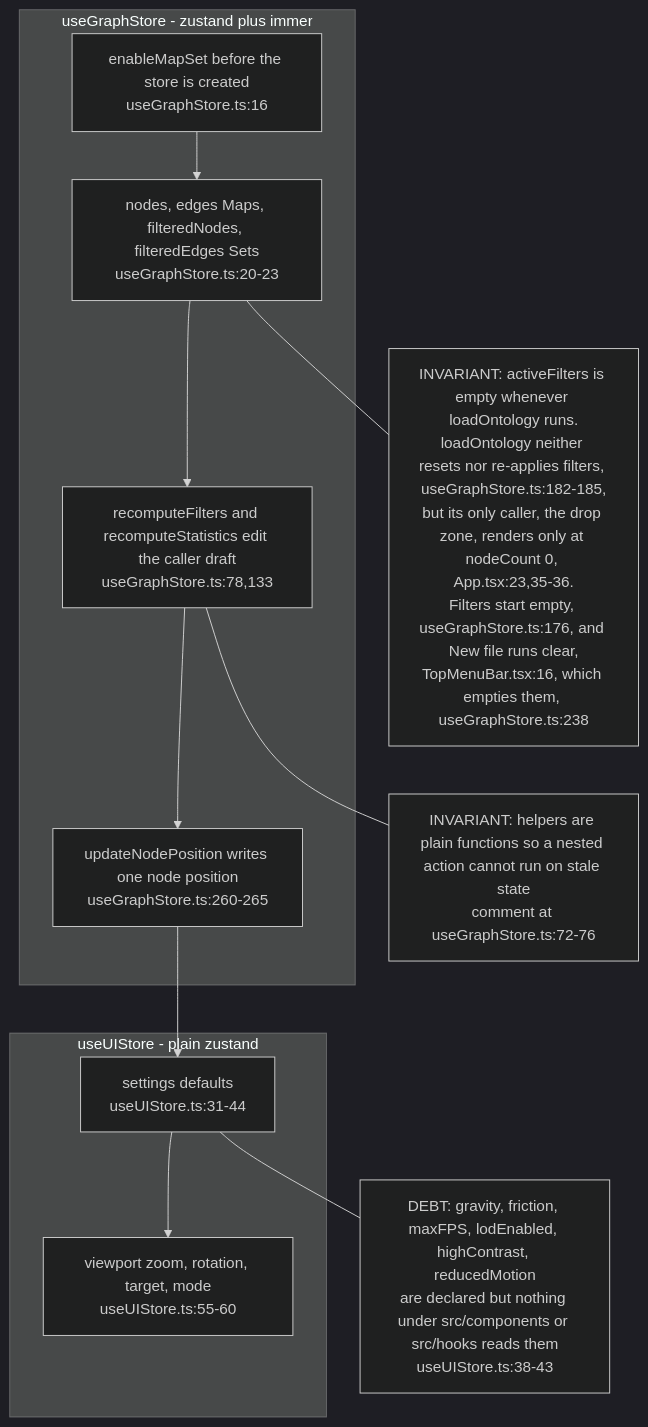
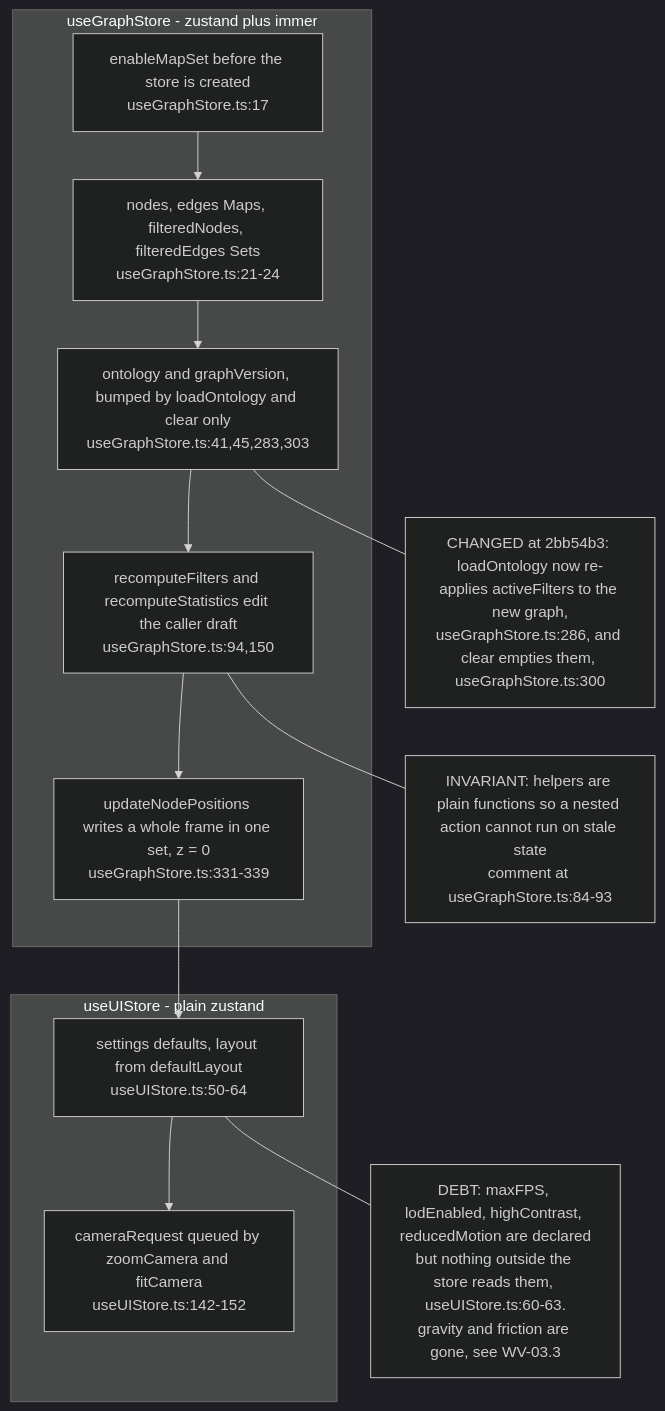
Before and after one commit to DreamLab-AI/VisionFlow: the second of 5 diagrams in docs/diagrams/wasmvowl/02-modern-explorer-runtime.md, drawn with Mermaid (dark theme). The commit also changed other lines of this file and 4 other files, not shown here.

First line of the commit message:
docs(diagrams): wasmvowl re-verified at WasmVOWL 2bb54b3 (NggExplorer layout, camera, CI)

````diff
--- a/docs/diagrams/wasmvowl/02-modern-explorer-runtime.md
+++ b/docs/diagrams/wasmvowl/02-modern-explorer-runtime.md
@@ -54,22 +59,23 @@
 ```mermaid
 flowchart TB
     subgraph GSB["useGraphStore - zustand plus immer"]
-        MS["enableMapSet before the store is created<br/>useGraphStore.ts:16"]
-        ST["nodes, edges Maps, filteredNodes, filteredEdges Sets<br/>useGraphStore.ts:20-23"]
-        HELP["recomputeFilters and recomputeStatistics edit the caller draft<br/>useGraphStore.ts:78,133"]
-        UPD["updateNodePosition writes one node position<br/>useGraphStore.ts:260-265"]
+        MS["enableMapSet before the store is created<br/>useGraphStore.ts:17"]
+        ST["nodes, edges Maps, filteredNodes, filteredEdges Sets<br/>useGraphStore.ts:21-24"]
+        GV["ontology and graphVersion, bumped by loadOntology and clear only<br/>useGraphStore.ts:41,45,283,303"]
+        HELP["recomputeFilters and recomputeStatistics edit the caller draft<br/>useGraphStore.ts:94,150"]
+        UPD["updateNodePositions writes a whole frame in one set, z = 0<br/>useGraphStore.ts:331-339"]
     end
     subgraph USB["useUIStore - plain zustand"]
-        SET["settings defaults<br/>useUIStore.ts:31-44"]
-        VP["viewport zoom, rotation, target, mode<br/>useUIStore.ts:55-60"]
+        SET["settings defaults, layout from defaultLayout<br/>useUIStore.ts:50-64"]
+        CR["cameraRequest queued by zoomCamera and fitCamera<br/>useUIStore.ts:142-152"]
     end
-    MS --> ST --> HELP --> UPD
+    MS --> ST --> GV --> HELP --> UPD
     UPD --> SET
-    SET --> VP
-    N1["INVARIANT: helpers are plain functions so a nested action cannot run on stale state<br/>comment at useGraphStore.ts:72-76"]
-    N2["INVARIANT: activeFilters is empty whenever loadOntology runs.<br/>loadOntology neither resets nor re-applies filters, useGraphStore.ts:182-185,<br/>but its only caller, the drop zone, renders only at nodeCount 0, App.tsx:23,35-36.<br/>Filters start empty, useGraphStore.ts:176, and New file runs clear,<br/>TopMenuBar.tsx:16, which empties them, useGraphStore.ts:238"]
-    N3["DEBT: gravity, friction, maxFPS, lodEnabled, highContrast, reducedMotion<br/>are declared but nothing under src/components or src/hooks reads them<br/>useUIStore.ts:38-43"]
+    SET --> CR
+    N1["INVARIANT: helpers are plain functions so a nested action cannot run on stale state<br/>comment at useGraphStore.ts:84-93"]
+    N2["CHANGED at 2bb54b3: loadOntology now re-applies activeFilters to the new graph,<br/>useGraphStore.ts:286, and clear empties them, useGraphStore.ts:300"]
+    N3["DEBT: maxFPS, lodEnabled, highContrast, reducedMotion are declared<br/>but nothing outside the store reads them, useUIStore.ts:60-63.<br/>gravity and friction are gone, see WV-03.3"]
     HELP --- N1
-    ST --- N2
+    GV --- N2
     SET --- N3
 ```
````
